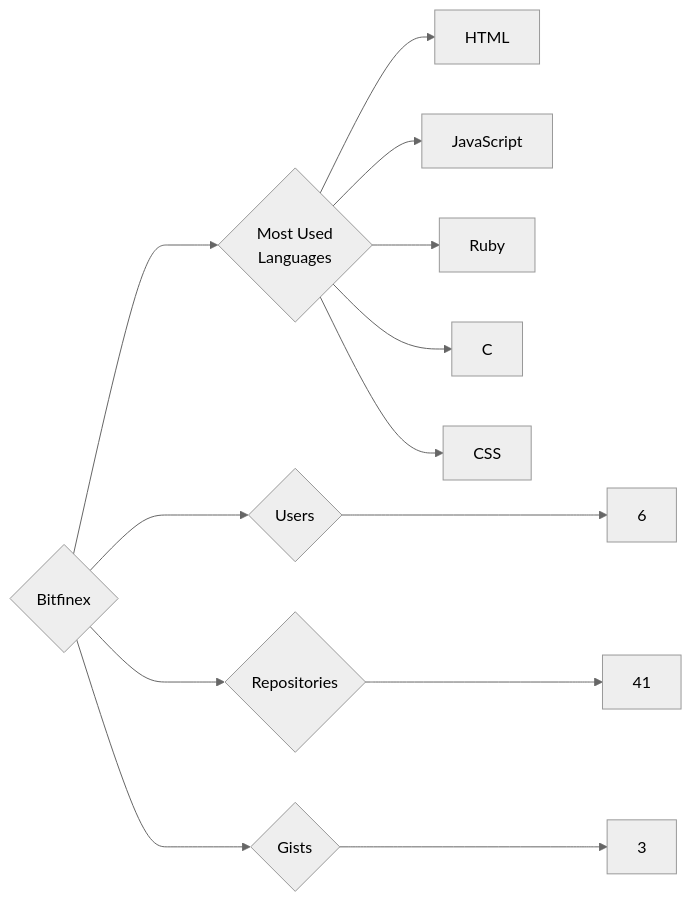
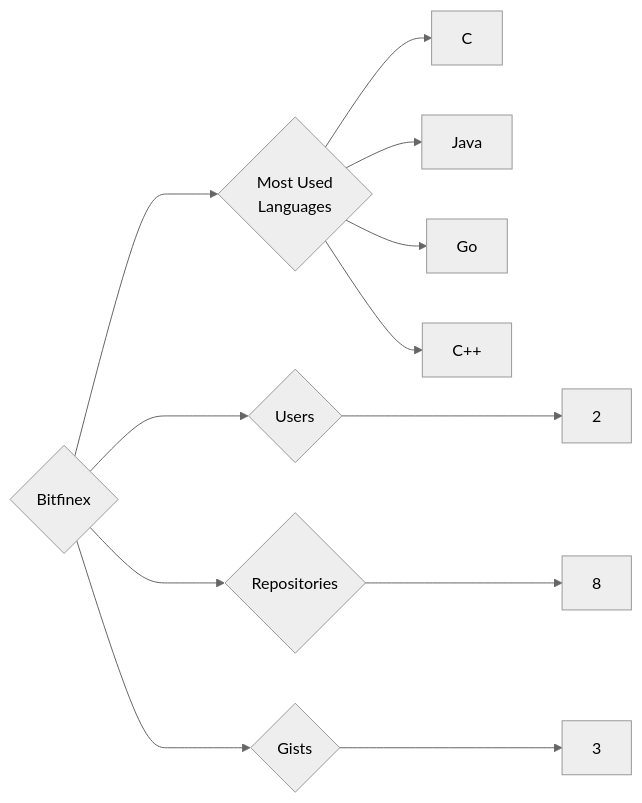
One commit to trickest/insiders changed the diagram in targets/Bitfinex/README.md. Above: the diagram before and after it, drawn with Mermaid (neutral theme). The commit also changed 1195 other files, not shown here.

````diff
--- a/targets/Bitfinex/README.md
+++ b/targets/Bitfinex/README.md
@@ -3,13 +3,12 @@
 ```mermaid
 graph LR
 COMPANY_NAME{Bitfinex}
-COMPANY_NAME ---> U{Users} ---> UN[6]
-COMPANY_NAME ---> R{Repositories} ---> RN[41]
+COMPANY_NAME ---> U{Users} ---> UN[2]
+COMPANY_NAME ---> R{Repositories} ---> RN[8]
 COMPANY_NAME ---> G{Gists} ---> GN[3]
 COMPANY_NAME ---> ML{Most Used<br>Languages}
-ML --> HTML[HTML]
-ML --> JavaScript[JavaScript]
-ML --> Ruby[Ruby]
 ML --> C[C]
-ML --> CSS[CSS]
+ML --> Java[Java]
+ML --> Go[Go]
+ML --> C++[C++]
 ```
````
